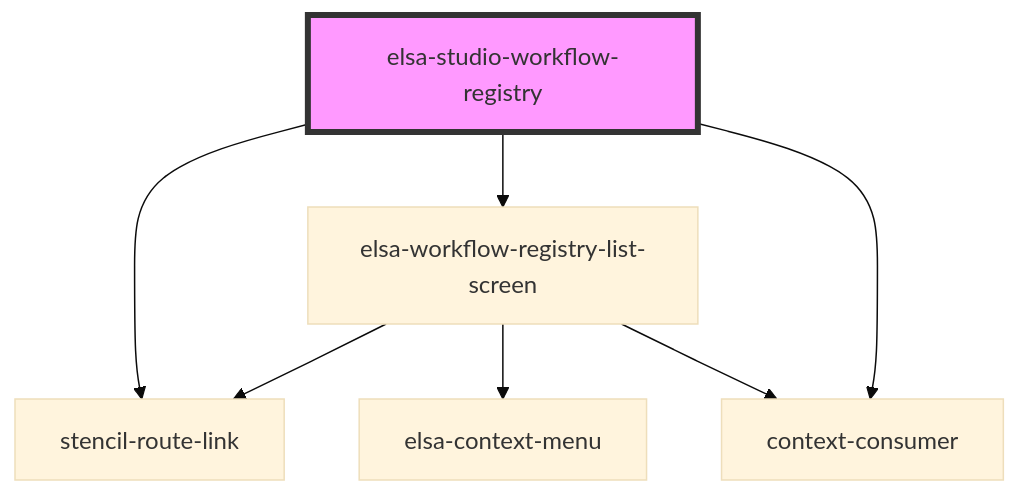
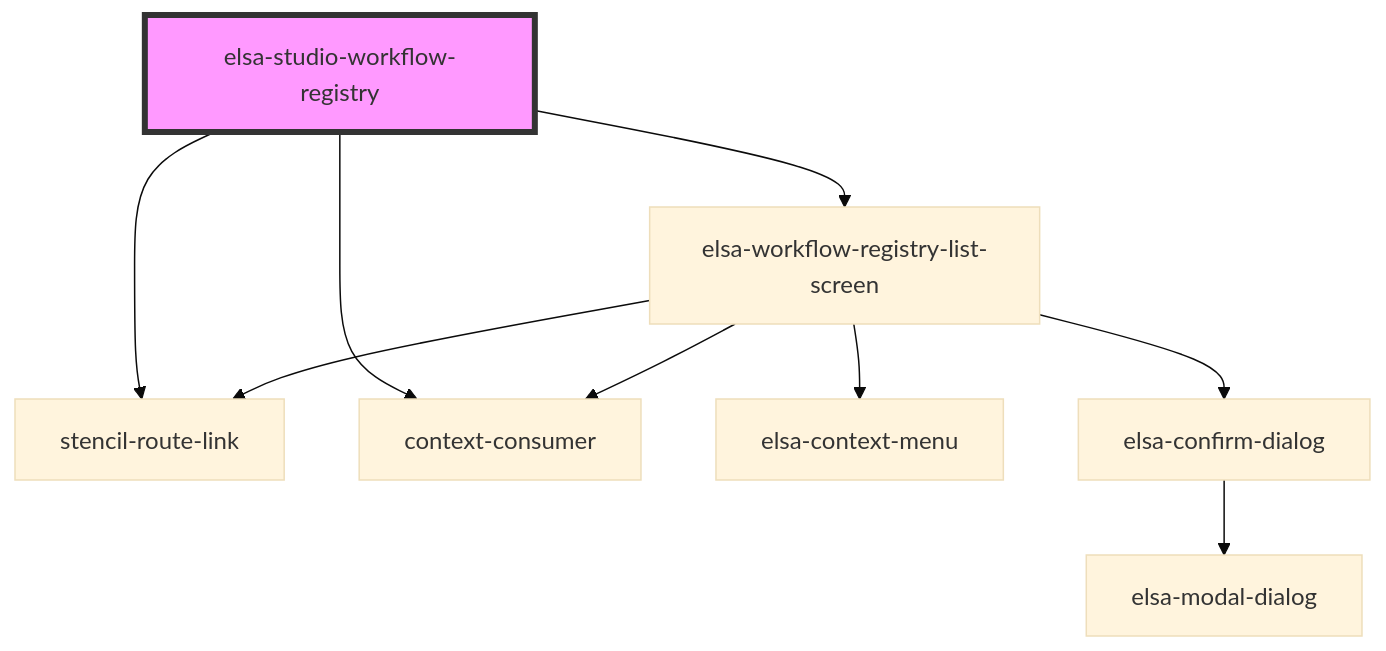
Before and after one commit to elsa-workflows/elsa-core: the diagram in src/designer/elsa-workflows-studio/src/components/dashboard/pages/elsa-studio-workflow-registry/readme.md, drawn with Mermaid (base theme). The commit also changed 17 other files, not shown here.

````diff
--- a/src/designer/elsa-workflows-studio/src/components/dashboard/pages/elsa-studio-workflow-registry/readme.md
+++ b/src/designer/elsa-workflows-studio/src/components/dashboard/pages/elsa-studio-workflow-registry/readme.md
@@ -25,10 +25,12 @@
 ```mermaid
 graph TD;
   elsa-studio-workflow-registry --> stencil-route-link
   elsa-studio-workflow-registry --> elsa-workflow-registry-list-screen
   elsa-studio-workflow-registry --> context-consumer
+  elsa-workflow-registry-list-screen --> elsa-context-menu
   elsa-workflow-registry-list-screen --> stencil-route-link
-  elsa-workflow-registry-list-screen --> elsa-context-menu
+  elsa-workflow-registry-list-screen --> elsa-confirm-dialog
   elsa-workflow-registry-list-screen --> context-consumer
+  elsa-confirm-dialog --> elsa-modal-dialog
   style elsa-studio-workflow-registry fill:#f9f,stroke:#333,stroke-width:4px
 ```
````
